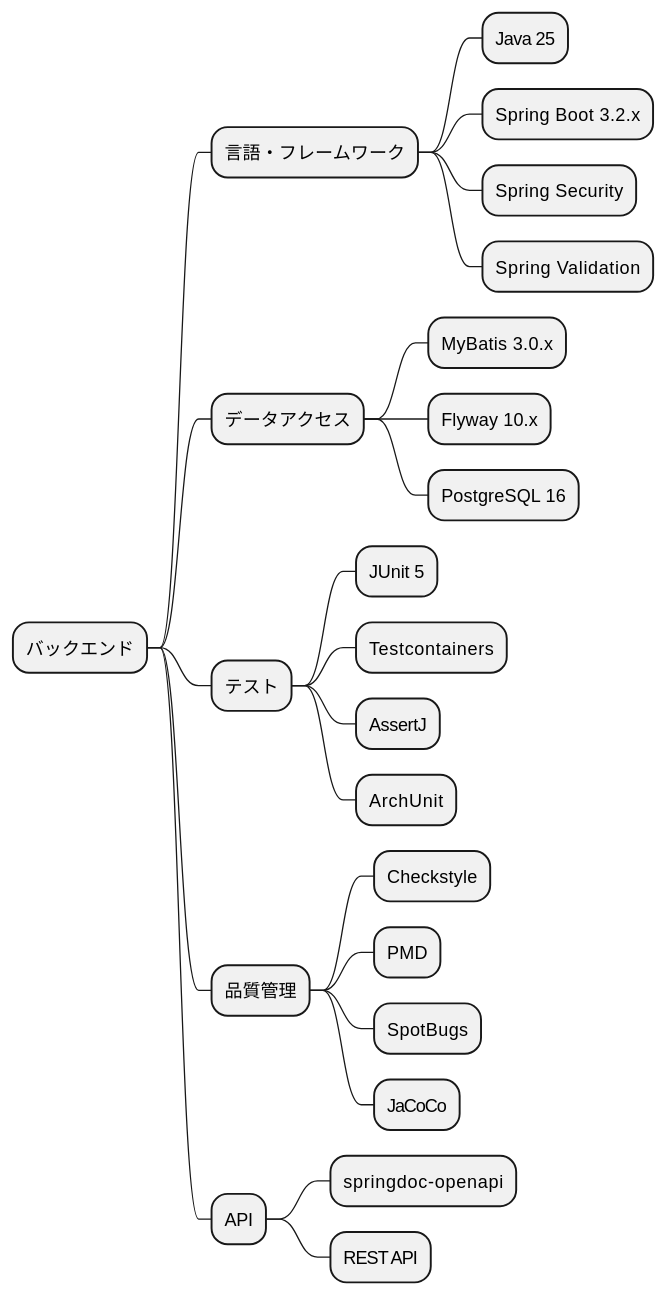
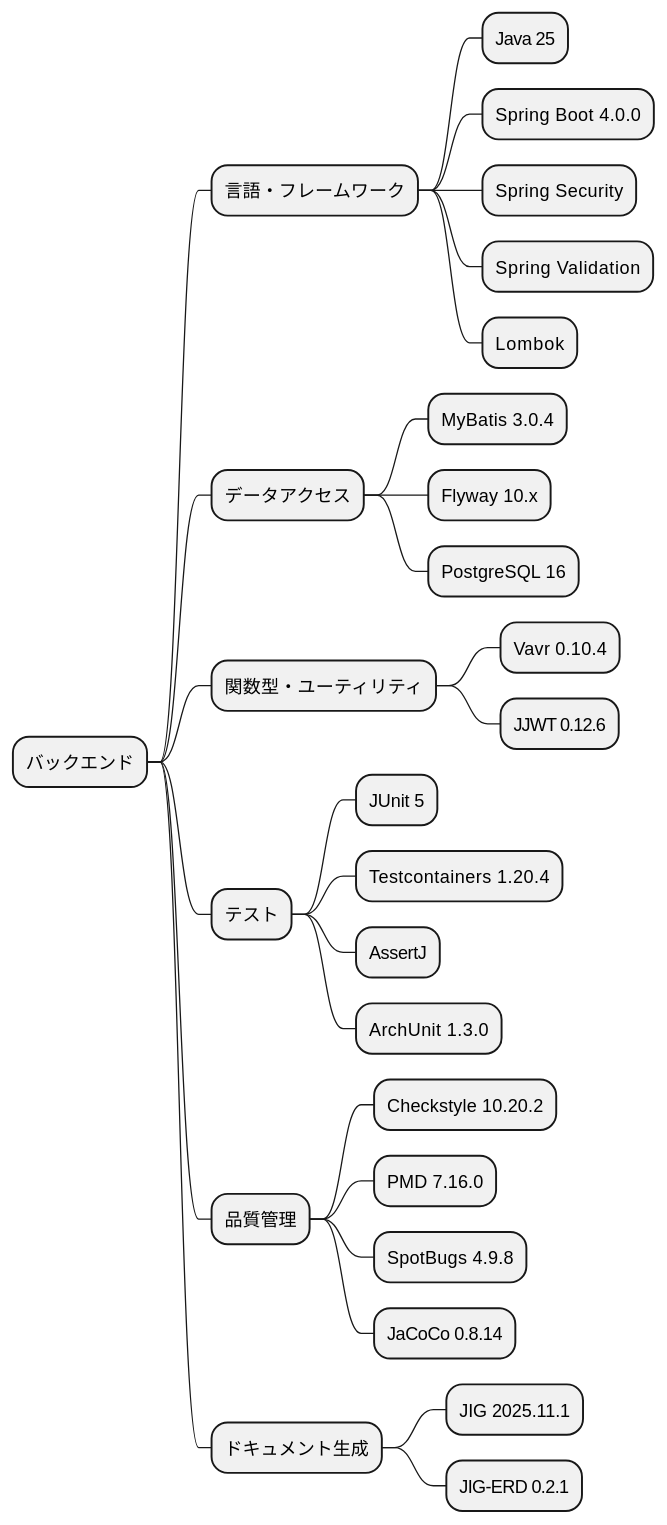
Before and after one commit to k2works/case-study-accounting: diagram 13 of 16 in docs/design/tech_stack.md, drawn with PlantUML. The commit also changed other lines of this file and 1 other file, not shown here.

````diff
--- a/docs/design/tech_stack.md
+++ b/docs/design/tech_stack.md
@@ -487,27 +572,31 @@
 ```plantuml
 @startmindmap
 * バックエンド
 ** 言語・フレームワーク
 *** Java 25
-*** Spring Boot 3.2.x
+*** Spring Boot 4.0.0
 *** Spring Security
 *** Spring Validation
+*** Lombok
 ** データアクセス
-*** MyBatis 3.0.x
+*** MyBatis 3.0.4
 *** Flyway 10.x
 *** PostgreSQL 16
+** 関数型・ユーティリティ
+*** Vavr 0.10.4
+*** JJWT 0.12.6
 ** テスト
 *** JUnit 5
-*** Testcontainers
+*** Testcontainers 1.20.4
 *** AssertJ
-*** ArchUnit
+*** ArchUnit 1.3.0
 ** 品質管理
-*** Checkstyle
-*** PMD
-*** SpotBugs
-*** JaCoCo
-** API
-*** springdoc-openapi
-*** REST API
+*** Checkstyle 10.20.2
+*** PMD 7.16.0
+*** SpotBugs 4.9.8
+*** JaCoCo 0.8.14
+** ドキュメント生成
+*** JIG 2025.11.1
+*** JIG-ERD 0.2.1
 @endmindmap
 ```
````
